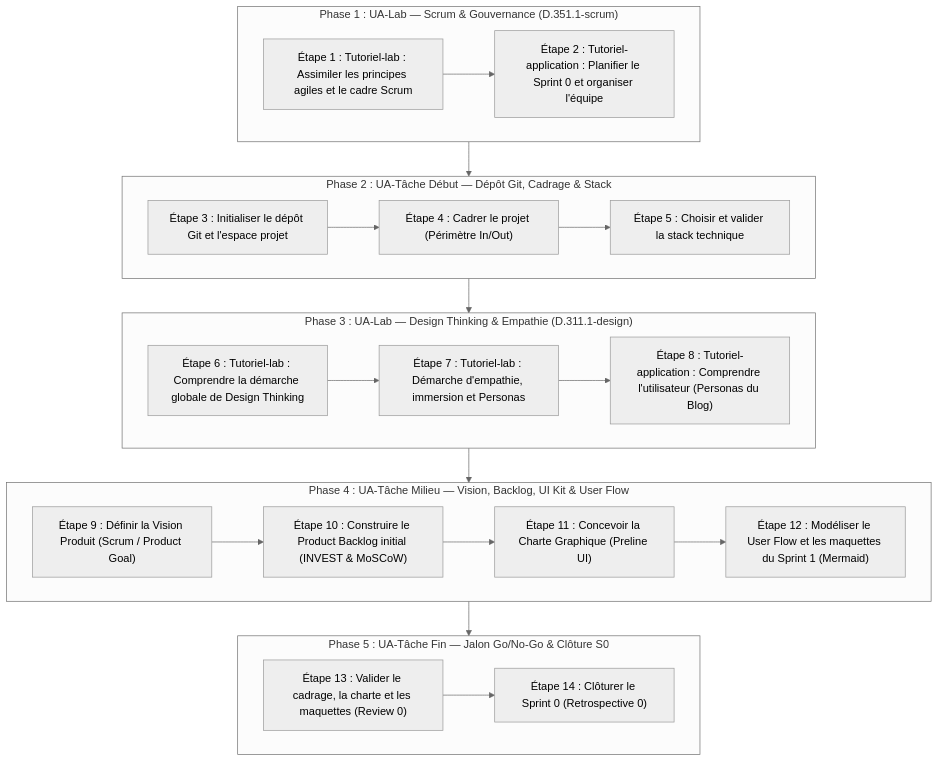
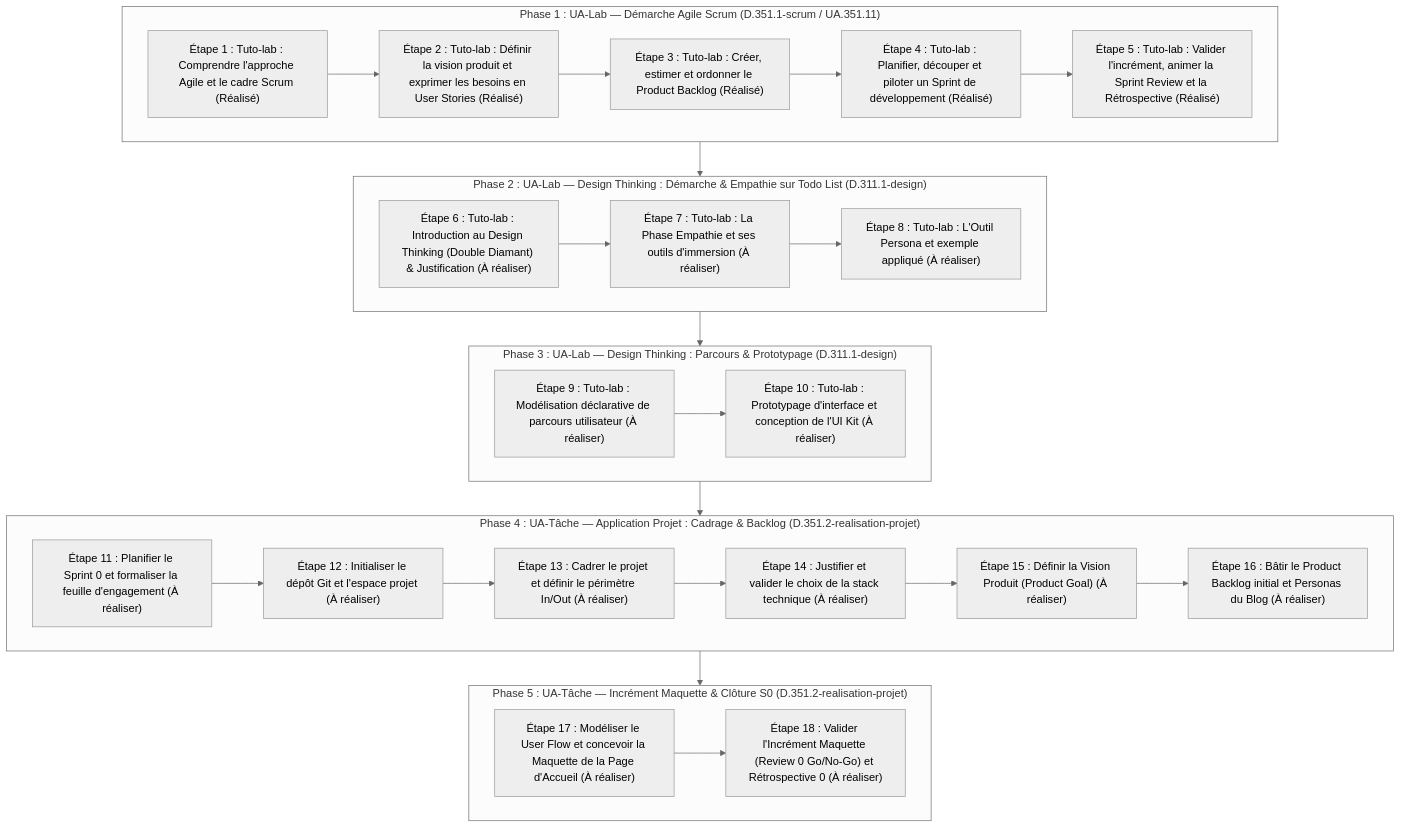
The diagram in flux-travail/sessions/flux-travail-s0.md (labs-web/projet-imiation-n3), drawn with Mermaid (neutral theme) before and after one commit. The commit also changed other lines of this file and 30 other files, not shown here.

````diff
--- a/flux-travail/sessions/flux-travail-s0.md
+++ b/flux-travail/sessions/flux-travail-s0.md
@@ -50,38 +79,42 @@
 ```mermaid
 flowchart TD
-    subgraph P1 ["Phase 1 : UA-Lab — Scrum & Gouvernance (D.351.1-scrum)"]
-        E1["Étape 1 : Tutoriel-lab : Assimiler les principes agiles et le cadre Scrum"]
-        E2["Étape 2 : Tutoriel-application : Planifier le Sprint 0 et organiser l'équipe"]
-        E1 --> E2
+    subgraph P1 ["Phase 1 : UA-Lab — Démarche Agile Scrum (D.351.1-scrum / UA.351.11)"]
+        E1["Étape 1 : Tuto-lab : Comprendre l'approche Agile et le cadre Scrum (Réalisé)"]
+        E2["Étape 2 : Tuto-lab : Définir la vision produit et exprimer les besoins en User Stories (Réalisé)"]
+        E3["Étape 3 : Tuto-lab : Créer, estimer et ordonner le Product Backlog (Réalisé)"]
+        E4["Étape 4 : Tuto-lab : Planifier, découper et piloter un Sprint de développement (Réalisé)"]
+        E5["Étape 5 : Tuto-lab : Valider l'incrément, animer la Sprint Review et la Rétrospective (Réalisé)"]
+        E1 --> E2 --> E3 --> E4 --> E5
     end
 
-    subgraph P2 ["Phase 2 : UA-Tâche Début — Dépôt Git, Cadrage & Stack"]
-        E3["Étape 3 : Initialiser le dépôt Git et l'espace projet"]
-        E4["Étape 4 : Cadrer le projet (Périmètre In/Out)"]
-        E5["Étape 5 : Choisir et valider la stack technique"]
-        E3 --> E4 --> E5
-    end
-
-    subgraph P3 ["Phase 3 : UA-Lab — Design Thinking & Empathie (D.311.1-design)"]
-        E6["Étape 6 : Tutoriel-lab : Comprendre la démarche globale de Design Thinking"]
-        E7["Étape 7 : Tutoriel-lab : Démarche d'empathie, immersion et Personas"]
-        E8["Étape 8 : Tutoriel-application : Comprendre l'utilisateur (Personas du Blog)"]
+    subgraph P2 ["Phase 2 : UA-Lab — Design Thinking : Démarche & Empathie sur Todo List (D.311.1-design)"]
+        E6["Étape 6 : Tuto-lab : Introduction au Design Thinking (Double Diamant) & Justification (À réaliser)"]
+        E7["Étape 7 : Tuto-lab : La Phase Empathie et ses outils d'immersion (À réaliser)"]
+        E8["Étape 8 : Tuto-lab : L'Outil Persona et exemple appliqué (À réaliser)"]
         E6 --> E7 --> E8
     end
 
-    subgraph P4 ["Phase 4 : UA-Tâche Milieu — Vision, Backlog, UI Kit & User Flow"]
-        E9["Étape 9 : Définir la Vision Produit (Scrum / Product Goal)"]
-        E10["Étape 10 : Construire le Product Backlog initial (INVEST & MoSCoW)"]
-        E11["Étape 11 : Concevoir la Charte Graphique (Preline UI)"]
-        E12["Étape 12 : Modéliser le User Flow et les maquettes du Sprint 1 (Mermaid)"]
-        E9 --> E10 --> E11 --> E12
+    subgraph P3 ["Phase 3 : UA-Lab — Design Thinking : Parcours & Prototypage (D.311.1-design)"]
+        E9["Étape 9 : Tuto-lab : Modélisation déclarative de parcours utilisateur (À réaliser)"]
+        E10["Étape 10 : Tuto-lab : Prototypage d'interface et conception de l'UI Kit (À réaliser)"]
+        E9 --> E10
     end
 
-    subgraph P5 ["Phase 5 : UA-Tâche Fin — Jalon Go/No-Go & Clôture S0"]
-        E13["Étape 13 : Valider le cadrage, la charte et les maquettes (Review 0)"]
-        E14["Étape 14 : Clôturer le Sprint 0 (Retrospective 0)"]
-        E13 --> E14
+    subgraph P4 ["Phase 4 : UA-Tâche — Application Projet : Cadrage & Backlog (D.351.2-realisation-projet)"]
+        E11["Étape 11 : Planifier le Sprint 0 et formaliser la feuille d'engagement (À réaliser)"]
+        E12["Étape 12 : Initialiser le dépôt Git et l'espace projet (À réaliser)"]
+        E13["Étape 13 : Cadrer le projet et définir le périmètre In/Out (À réaliser)"]
+        E14["Étape 14 : Justifier et valider le choix de la stack technique (À réaliser)"]
+        E15["Étape 15 : Définir la Vision Produit (Product Goal) (À réaliser)"]
+        E16["Étape 16 : Bâtir le Product Backlog initial et Personas du Blog (À réaliser)"]
+        E11 --> E12 --> E13 --> E14 --> E15 --> E16
+    end
+
+    subgraph P5 ["Phase 5 : UA-Tâche — Incrément Maquette & Clôture S0 (D.351.2-realisation-projet)"]
+        E17["Étape 17 : Modéliser le User Flow et concevoir la Maquette de la Page d'Accueil (À réaliser)"]
+        E18["Étape 18 : Valider l'Incrément Maquette (Review 0 Go/No-Go) et Rétrospective 0 (À réaliser)"]
+        E17 --> E18
     end
 
     P1 --> P2 --> P3 --> P4 --> P5
 ```
````
